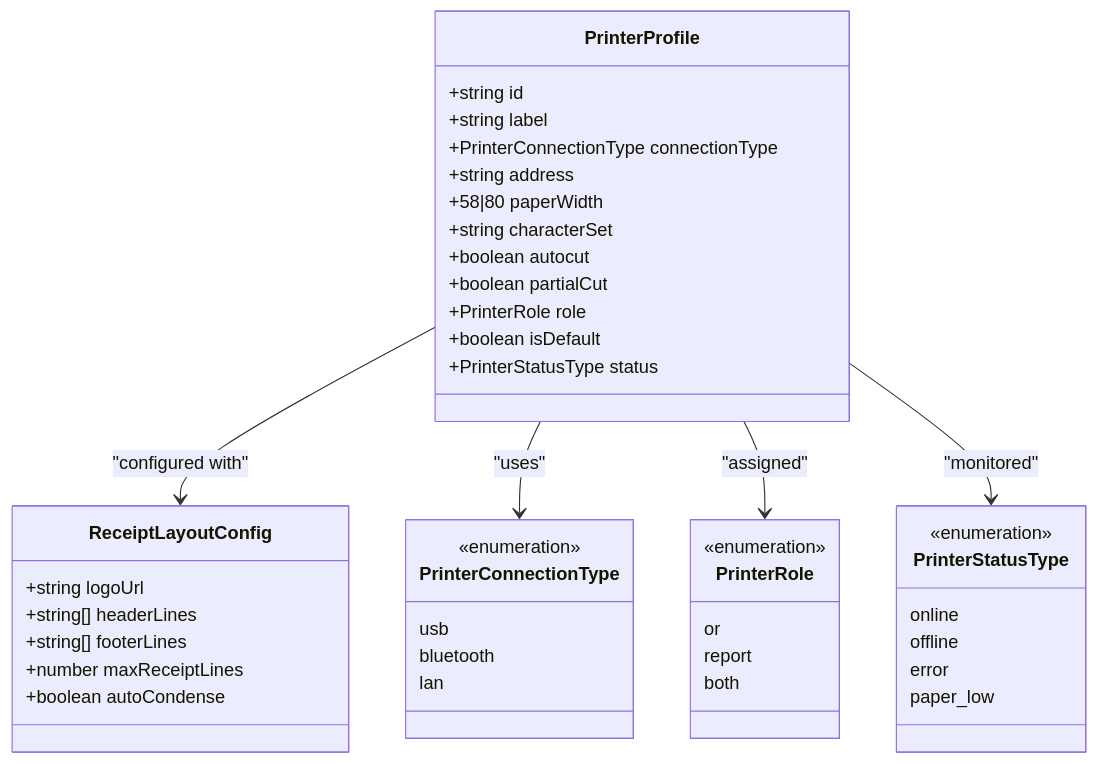
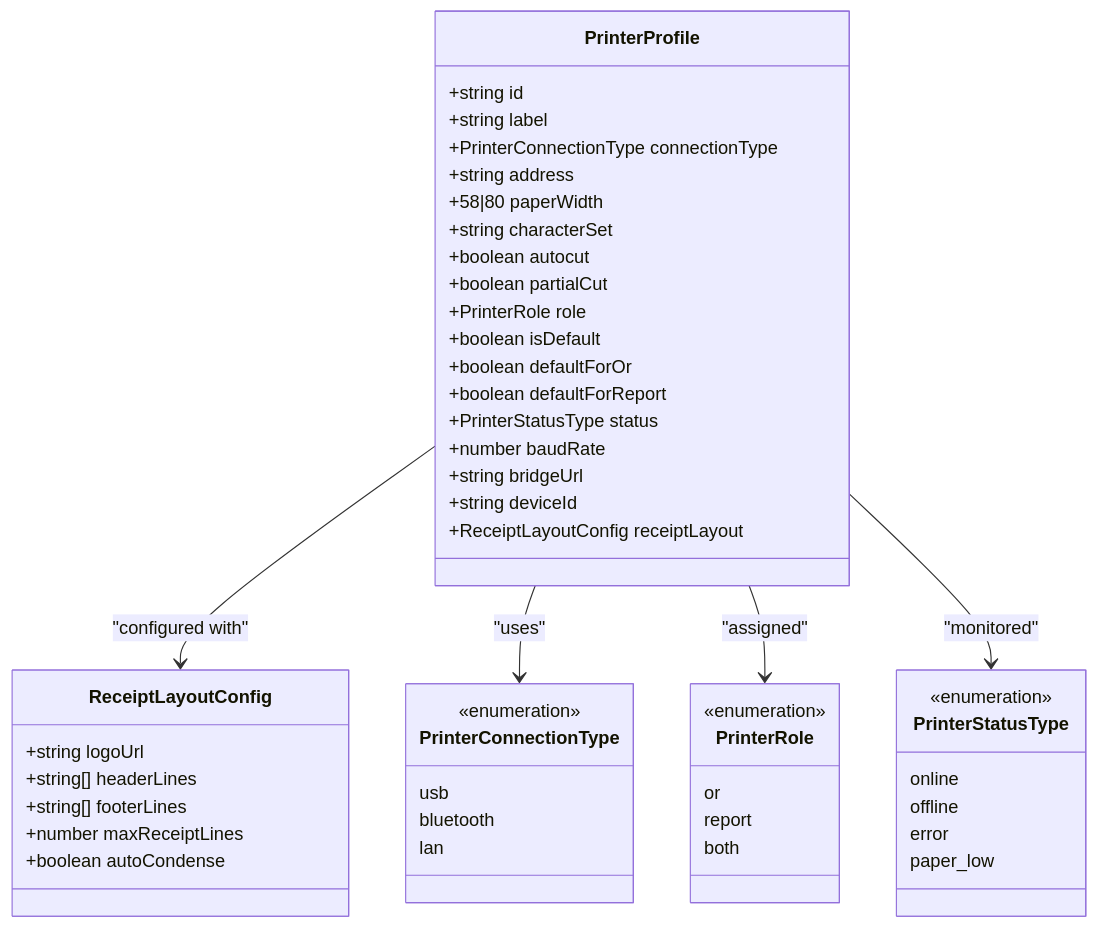
The second of 12 diagrams in .qoder/repowiki/en/content/Frontend Interface/Printer Management System.md (yosefdc7/PharmaPOS), drawn with Mermaid before and after one commit. The commit also changed other lines of this file and 29 other files, not shown here.

````diff
--- a/.qoder/repowiki/en/content/Frontend Interface/Printer Management System.md
+++ b/.qoder/repowiki/en/content/Frontend Interface/Printer Management System.md
@@ -106,46 +135,52 @@
 ```mermaid
 classDiagram
 class PrinterProfile {
 +string id
 +string label
 +PrinterConnectionType connectionType
 +string address
 +58|80 paperWidth
 +string characterSet
 +boolean autocut
 +boolean partialCut
 +PrinterRole role
 +boolean isDefault
++boolean defaultForOr
++boolean defaultForReport
 +PrinterStatusType status
++number baudRate
++string bridgeUrl
++string deviceId
++ReceiptLayoutConfig receiptLayout
 }
 class ReceiptLayoutConfig {
 +string logoUrl
 +string[] headerLines
 +string[] footerLines
 +number maxReceiptLines
 +boolean autoCondense
 }
 class PrinterConnectionType {
 <<enumeration>>
 usb
 bluetooth
 lan
 }
 class PrinterRole {
 <<enumeration>>
 or
 report
 both
 }
 class PrinterStatusType {
 <<enumeration>>
 online
 offline
 error
 paper_low
 }
 PrinterProfile --> ReceiptLayoutConfig : "configured with"
 PrinterProfile --> PrinterConnectionType : "uses"
 PrinterProfile --> PrinterRole : "assigned"
 PrinterProfile --> PrinterStatusType : "monitored"
 ```
````
